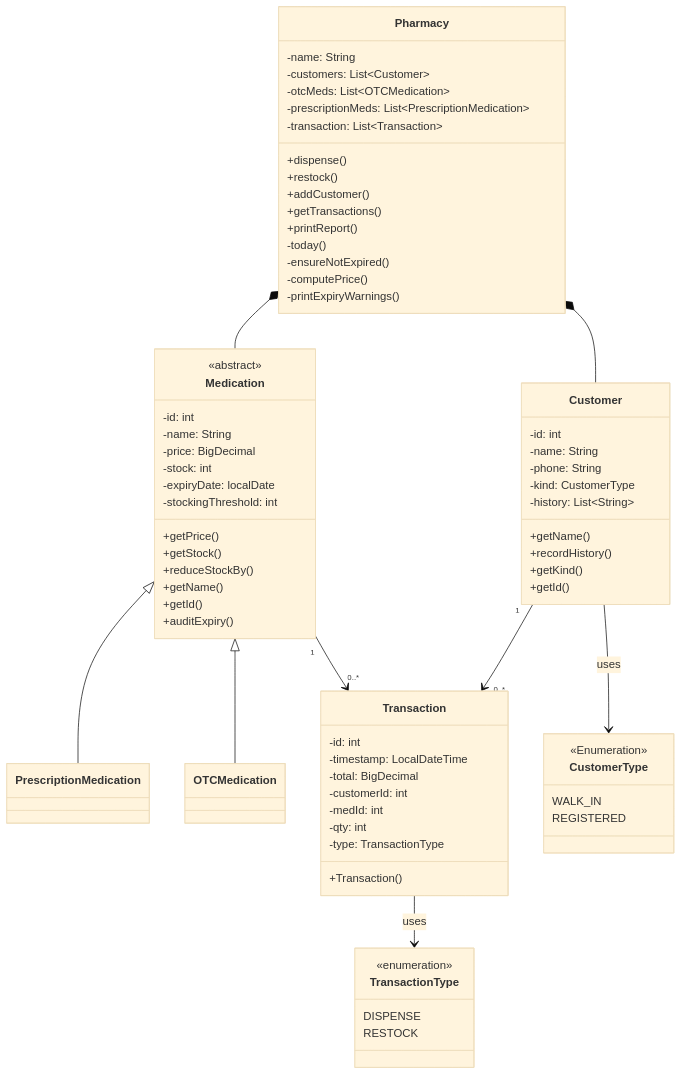
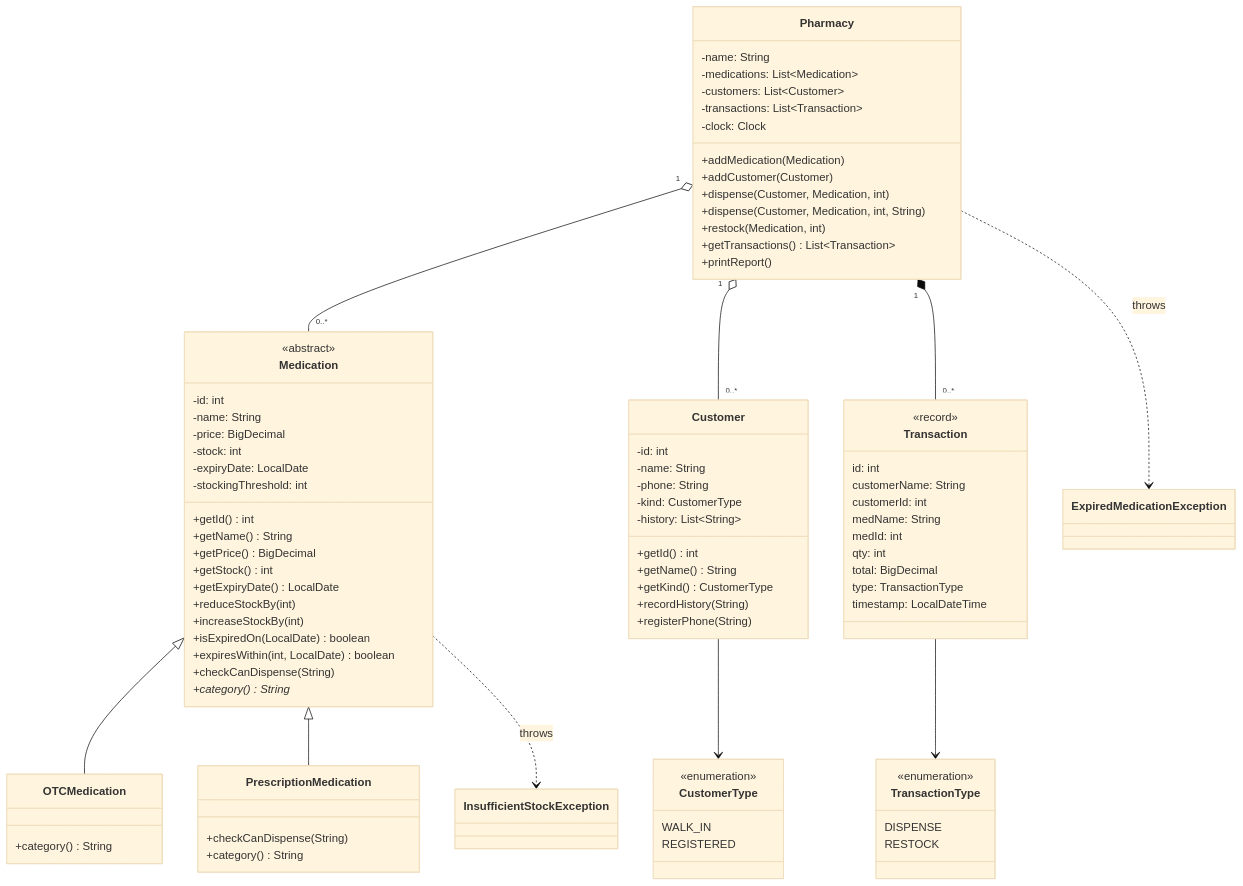
One commit to prince-kofi-asiedu/akosua-s-pharmacy changed the diagram in README.md. Above: the diagram before and after it, drawn with Mermaid (base theme). The commit also changed other lines of this file and 1 other file, not shown here.

Commit message:
feat: added a logger for errors

````diff
--- a/README.md
+++ b/README.md
@@ -31,23 +34,20 @@
-```mermaid 
+```mermaid
 classDiagram
 
 class Pharmacy {
   -name: String
-  -customers: List~Customer~ 
-  -otcMeds: List~OTCMedication~
-  -prescriptionMeds: List~PrescriptionMedication~
-  -transaction: List~Transaction~
-  +dispense()
-  +restock()
-  +addCustomer()
-  +getTransactions()
+  -medications: List~Medication~
+  -customers: List~Customer~
+  -transactions: List~Transaction~
+  -clock: Clock
+  +addMedication(Medication)
+  +addCustomer(Customer)
+  +dispense(Customer, Medication, int)
+  +dispense(Customer, Medication, int, String)
+  +restock(Medication, int)
+  +getTransactions() List~Transaction~
   +printReport()
-  -today()
-  -ensureNotExpired()
-  -computePrice()
-  -printExpiryWarnings()
 }
-
 
 class Medication {
   <<abstract>>
@@ -55,21 +55,28 @@
   -name: String
   -price: BigDecimal
   -stock: int
-  -expiryDate: localDate
+  -expiryDate: LocalDate
   -stockingThreshold: int
-  +getPrice()
-  +getStock()
-  +reduceStockBy()
-  +getName()
-  +getId()
-  +auditExpiry()
+  +getId() int
+  +getName() String
+  +getPrice() BigDecimal
+  +getStock() int
+  +getExpiryDate() LocalDate
+  +reduceStockBy(int)
+  +increaseStockBy(int)
+  +isExpiredOn(LocalDate) boolean
+  +expiresWithin(int, LocalDate) boolean
+  +checkCanDispense(String)
+  +category()* String
+}
+
+class OTCMedication {
+  +category() String
 }
 
 class PrescriptionMedication {
-
-}
-
-class OTCMedication {
+  +checkCanDispense(String)
+  +category() String
 }
 
 class Customer {
@@ -77,45 +84,49 @@
   -name: String
   -phone: String
   -kind: CustomerType
-  -history: List~String~ 
-  +getName()
-  +recordHistory()
-  +getKind()
-  +getId()
+  -history: List~String~
+  +getId() int
+  +getName() String
+  +getKind() CustomerType
+  +recordHistory(String)
+  +registerPhone(String)
 }
 
-
 class Transaction {
-  -id: int
-  -timestamp: LocalDateTime
-  -total: BigDecimal
-  -customerId: int
-  -medId: int
-  -qty: int
-  -type: TransactionType
-  +Transaction()
+  <<record>>
+  id: int
+  customerName: String
+  customerId: int
+  medName: String
+  medId: int
+  qty: int
+  total: BigDecimal
+  type: TransactionType
+  timestamp: LocalDateTime
 }
 
 class CustomerType {
-    <<Enumeration>>
-    WALK_IN
-    REGISTERED
+  <<enumeration>>
+  WALK_IN
+  REGISTERED
 }
 
 class TransactionType {
-    <<enumeration>>
-    DISPENSE
-    RESTOCK
+  <<enumeration>>
+  DISPENSE
+  RESTOCK
 }
 
+class InsufficientStockException
+class ExpiredMedicationException
 
-Pharmacy *-- Medication
-Pharmacy *-- Customer
-Customer "1" --> "0..*" Transaction
-Medication "1" --> "0..*" Transaction
+Pharmacy "1" o-- "0..*" Medication
+Pharmacy "1" o-- "0..*" Customer
+Pharmacy "1" *-- "0..*" Transaction
+Medication <|-- OTCMedication
 Medication <|-- PrescriptionMedication
-Medication <|-- OTCMedication
-Customer --> CustomerType : uses 
-Transaction --> TransactionType : uses
-
+Customer --> CustomerType
+Transaction --> TransactionType
+Medication ..> InsufficientStockException : throws
+Pharmacy ..> ExpiredMedicationException : throws
 ```
````
